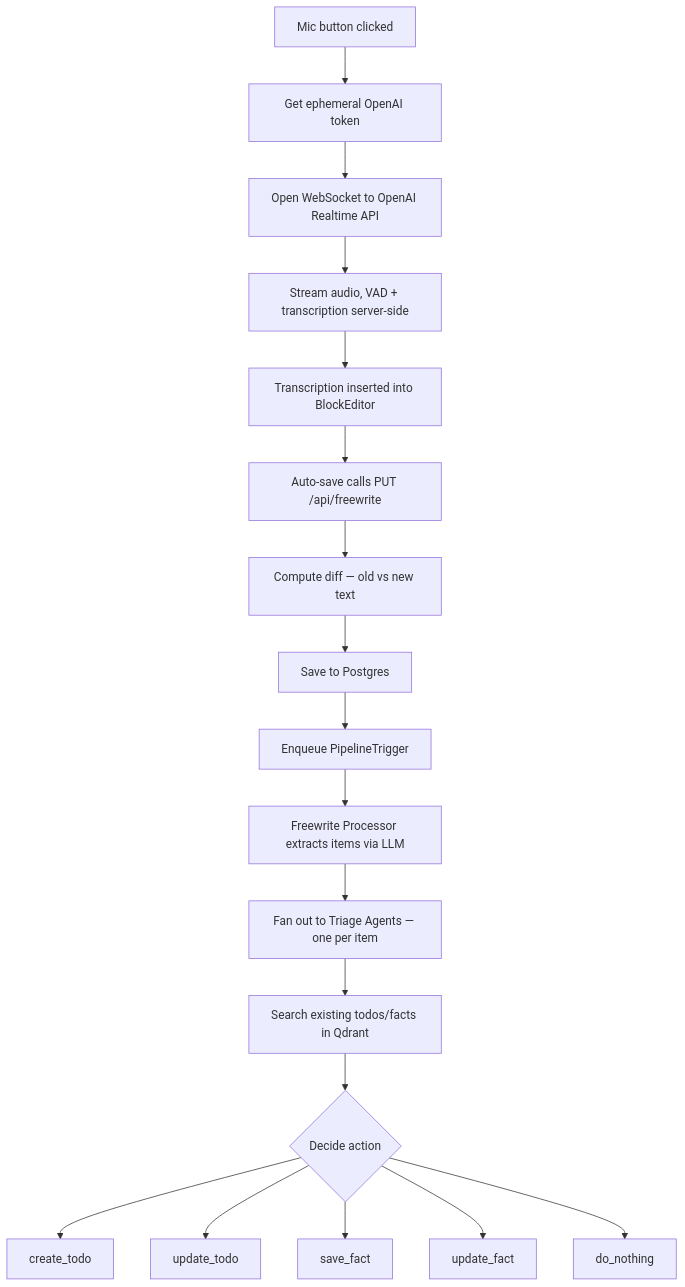
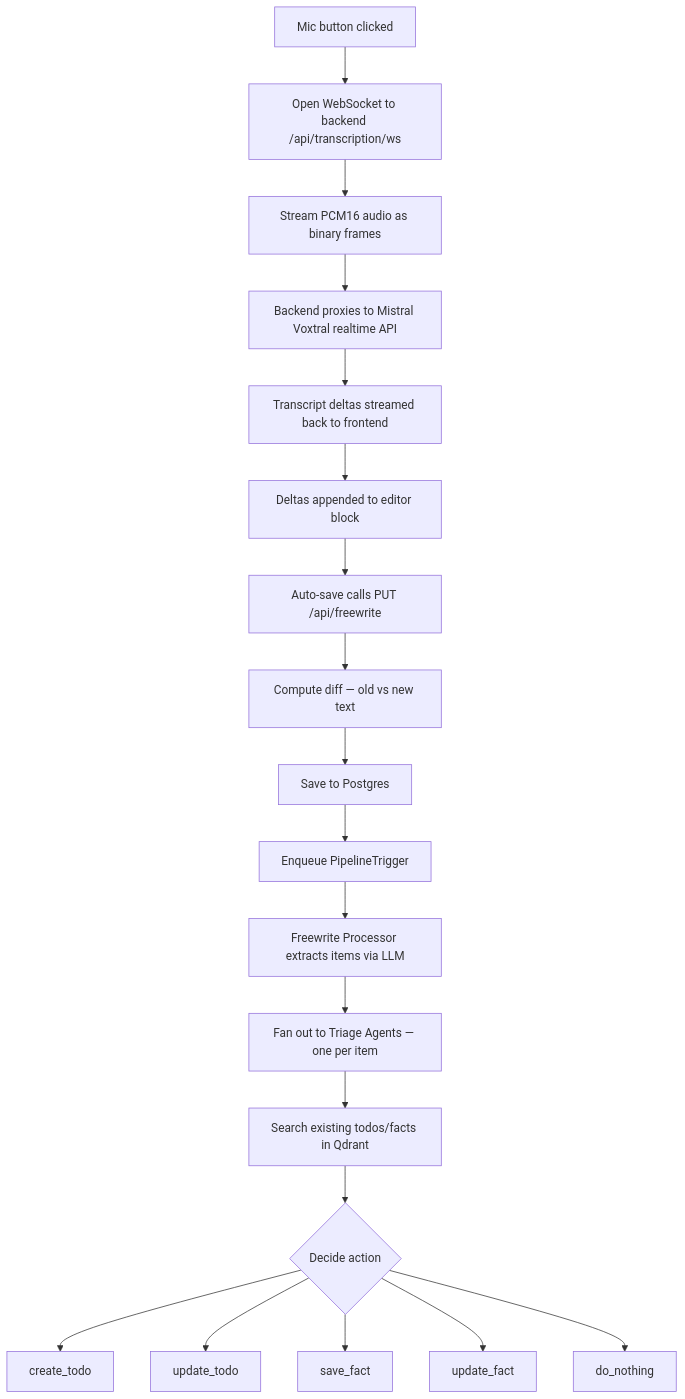
The second of 3 diagrams in docs/architecture.md (Advait1306/flex), drawn with Mermaid before and after one commit. The commit also changed other lines of this file and 1 other file, not shown here.

Commit message:
Update docs to reflect Mistral Voxtral voice transcription migration

````diff
--- a/docs/architecture.md
+++ b/docs/architecture.md
@@ -169,20 +170,21 @@
 ```mermaid
 flowchart TD
-    A[Mic button clicked] --> B[Get ephemeral OpenAI token]
-    B --> C[Open WebSocket to OpenAI Realtime API]
-    C --> D[Stream audio, VAD + transcription server-side]
-    D --> E[Transcription inserted into BlockEditor]
-    E --> F[Auto-save calls PUT /api/freewrite]
-    F --> G[Compute diff — old vs new text]
-    G --> H[Save to Postgres]
-    H --> I[Enqueue PipelineTrigger]
-    I --> J[Freewrite Processor extracts items via LLM]
-    J --> K[Fan out to Triage Agents — one per item]
-    K --> L[Search existing todos/facts in Qdrant]
-    L --> M{Decide action}
-    M --> N[create_todo]
-    M --> O[update_todo]
-    M --> P[save_fact]
-    M --> Q[update_fact]
-    M --> R[do_nothing]
+    A[Mic button clicked] --> B[Open WebSocket to backend /api/transcription/ws]
+    B --> C[Stream PCM16 audio as binary frames]
+    C --> D[Backend proxies to Mistral Voxtral realtime API]
+    D --> E[Transcript deltas streamed back to frontend]
+    E --> F[Deltas appended to editor block]
+    F --> G[Auto-save calls PUT /api/freewrite]
+    G --> H[Compute diff — old vs new text]
+    H --> I[Save to Postgres]
+    I --> J[Enqueue PipelineTrigger]
+    J --> K[Freewrite Processor extracts items via LLM]
+    K --> L[Fan out to Triage Agents — one per item]
+    L --> M[Search existing todos/facts in Qdrant]
+    M --> N{Decide action}
+    N --> O[create_todo]
+    N --> P[update_todo]
+    N --> Q[save_fact]
+    N --> R[update_fact]
+    N --> S[do_nothing]
 ```
````
